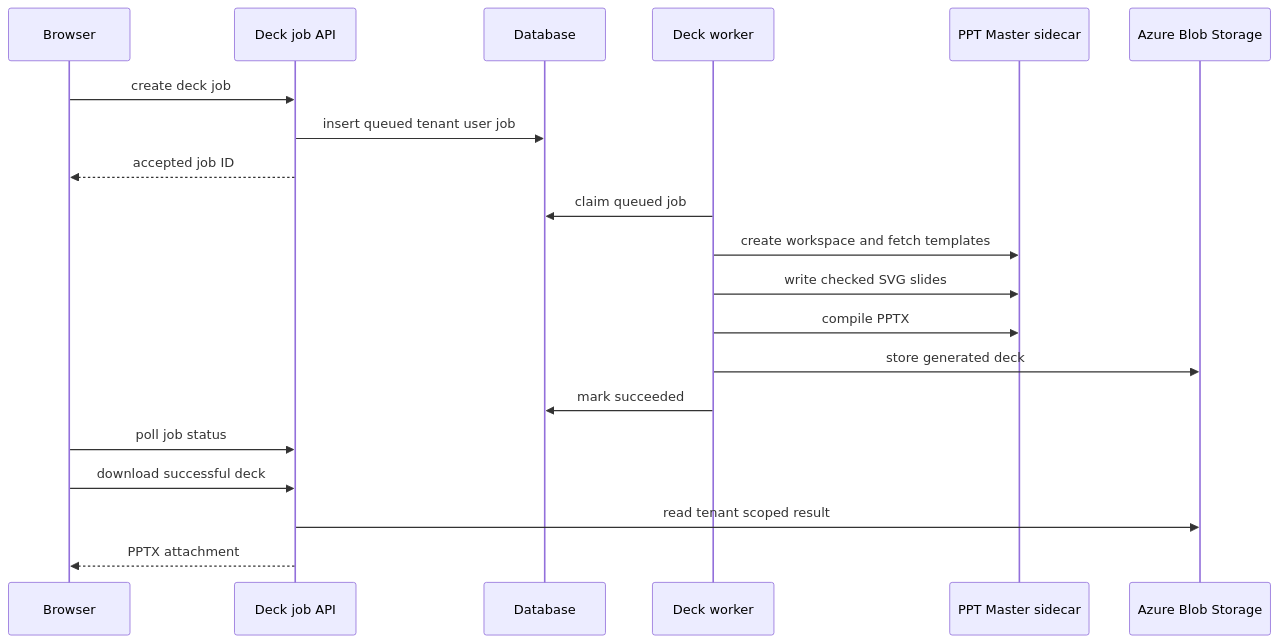
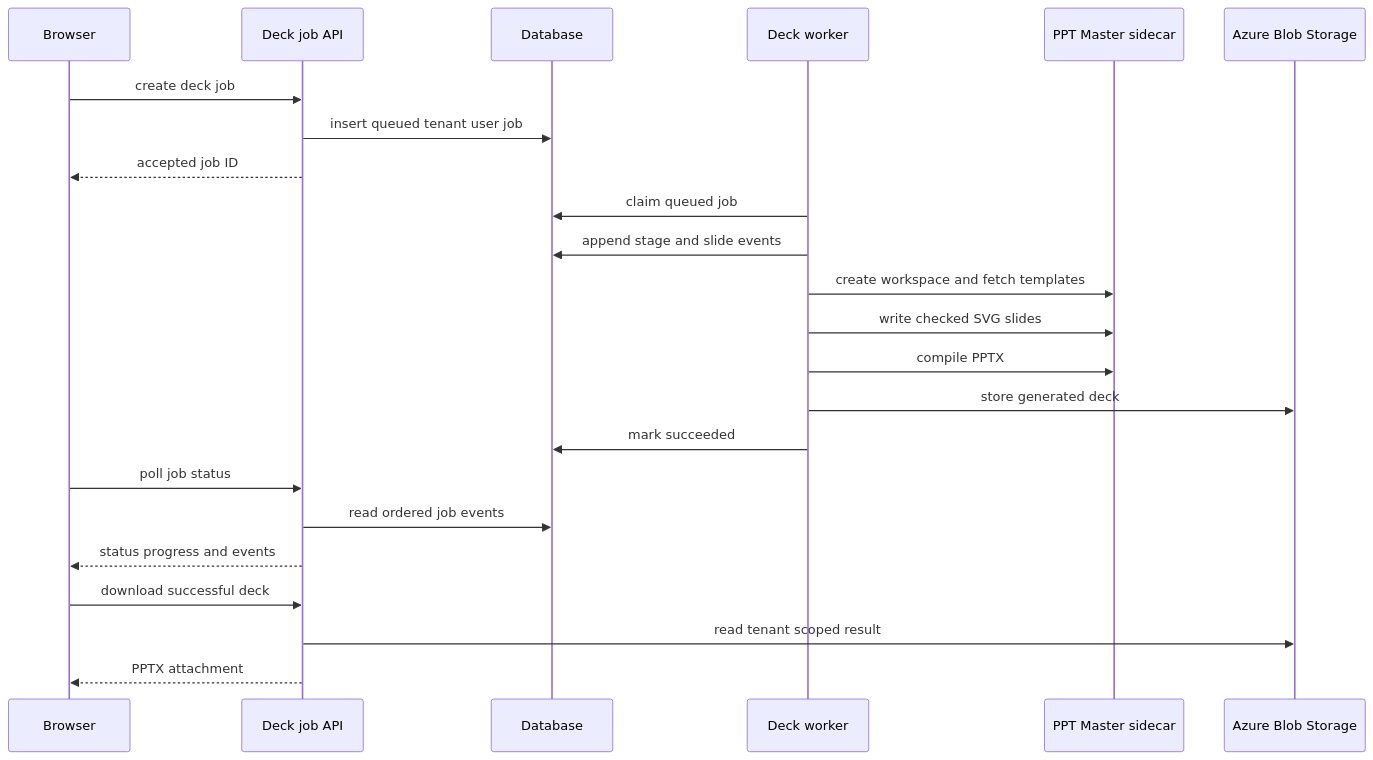
Before and after one commit to tony30552001/Genpic-master: the first of 2 diagrams in openwiki/backend/ppt-master-decks.md, drawn with Mermaid. The commit also changed other lines of this file and 5 other files, not shown here.

````diff
--- a/openwiki/backend/ppt-master-decks.md
+++ b/openwiki/backend/ppt-master-decks.md
@@ -28,22 +28,25 @@
 ```mermaid
 sequenceDiagram
   participant Browser
   participant Api as Deck job API
   participant Database
   participant Worker as Deck worker
   participant Sidecar as PPT Master sidecar
   participant Blob as Azure Blob Storage
   Browser->>Api: create deck job
   Api->>Database: insert queued tenant user job
   Api-->>Browser: accepted job ID
   Worker->>Database: claim queued job
+  Worker->>Database: append stage and slide events
   Worker->>Sidecar: create workspace and fetch templates
   Worker->>Sidecar: write checked SVG slides
   Worker->>Sidecar: compile PPTX
   Worker->>Blob: store generated deck
   Worker->>Database: mark succeeded
   Browser->>Api: poll job status
+  Api->>Database: read ordered job events
+  Api-->>Browser: status progress and events
   Browser->>Api: download successful deck
   Api->>Blob: read tenant scoped result
   Api-->>Browser: PPTX attachment
 ```
````
